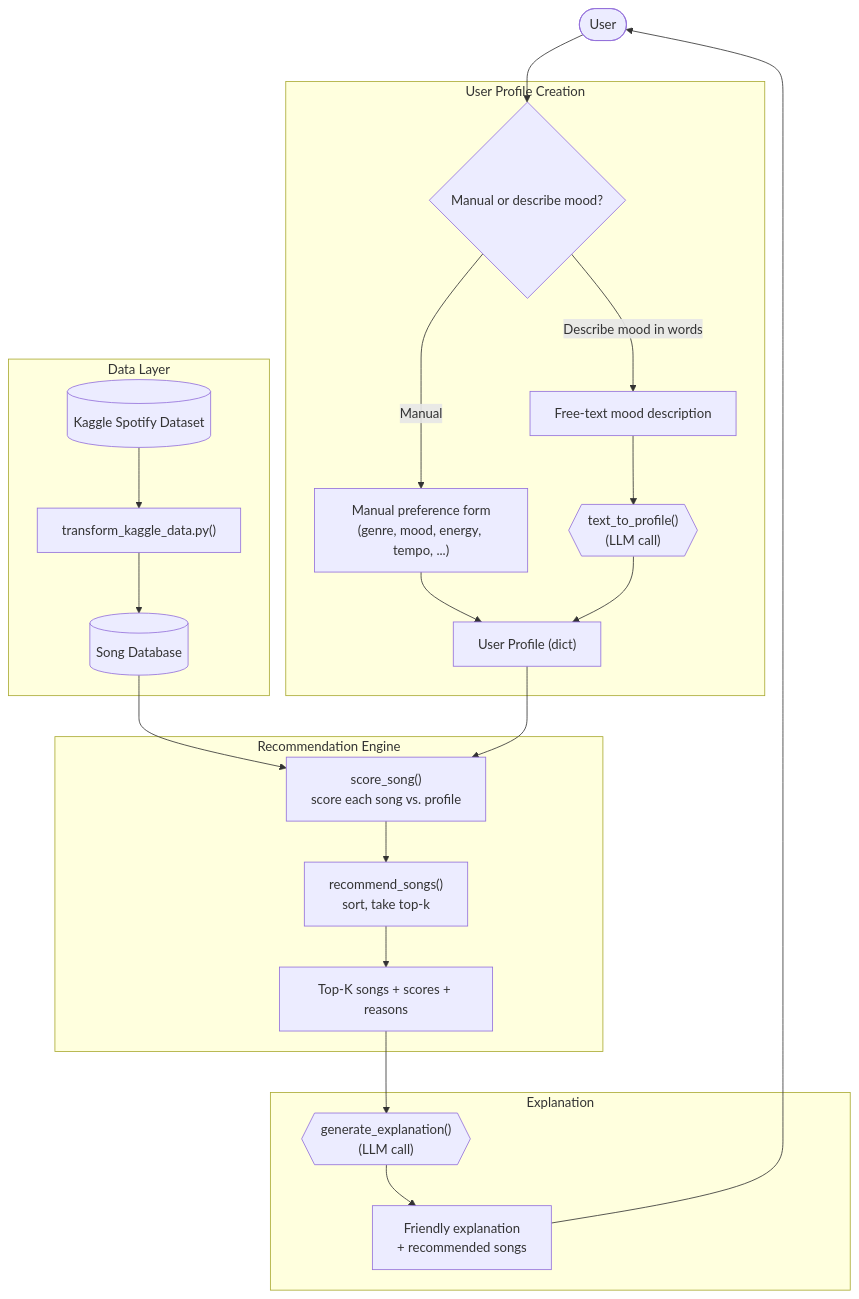
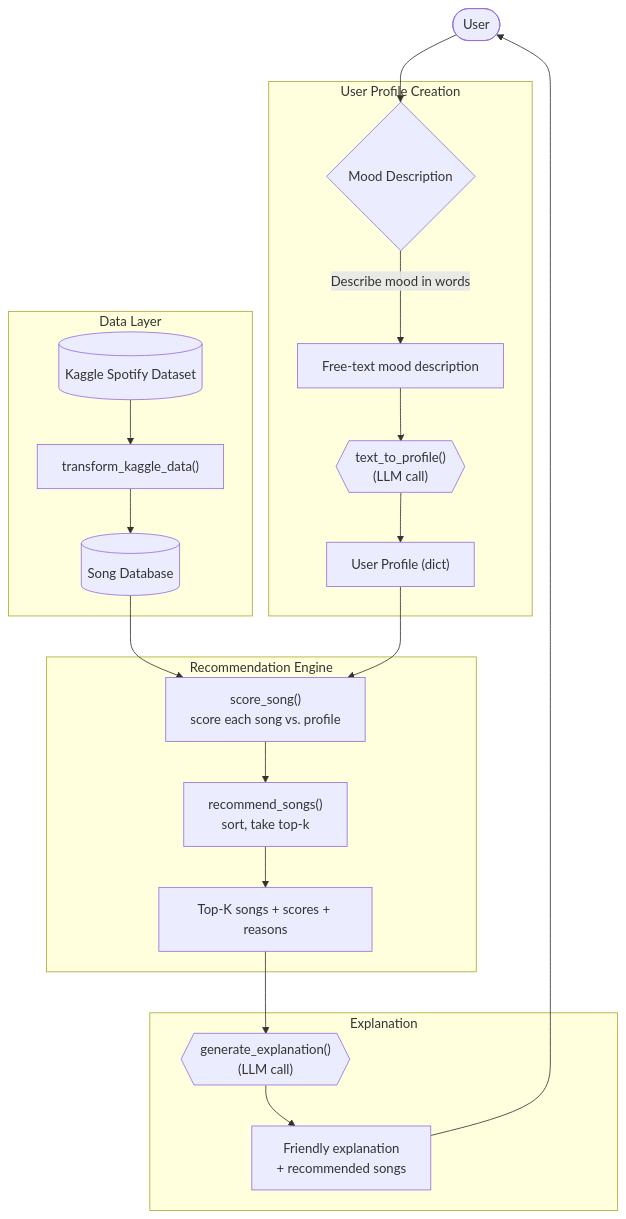
The diagram in diagrams/system_diagram.md (ThomasLe430/musi-match), drawn with Mermaid before and after one commit. The commit also changed other lines of this file and 2 other files, not shown here.

Commit message:
final reflection

````diff
--- a/diagrams/system_diagram.md
+++ b/diagrams/system_diagram.md
@@ -3,43 +3,40 @@
 ```mermaid
-
 flowchart TD
     User(["User"])
 
     subgraph DataLayer["Data Layer"]
         Kaggle[(Kaggle Spotify Dataset)]
-        LoadSongs["transform_kaggle_data.py()"]
+        LoadSongs["transform_kaggle_data()"]
         SongDB[(Song Database)]
         Kaggle --> LoadSongs --> SongDB
     end
 
     subgraph ProfileCreation["User Profile Creation"]
-        InputChoice{"Manual or describe mood?"}
-        ManualForm["Manual preference form\n(genre, mood, energy, tempo, ...)"]
+        InputChoice{"Mood Description"}
         MoodText["Free-text mood description"]
         TextToProfile{{"text_to_profile()\n(LLM call)"}}
         UserProfile["User Profile (dict)"]
 
-        InputChoice -->|Manual| ManualForm --> UserProfile
         InputChoice -->|Describe mood in words| MoodText --> TextToProfile --> UserProfile
     end
 
     subgraph Recommender["Recommendation Engine"]
         ScoreSong["score_song()\nscore each song vs. profile"]
         RecommendSongs["recommend_songs()\nsort, take top-k"]
         TopK["Top-K songs + scores + reasons"]
 
-        ScoreSong --> RecommendSongs --> TopK
+         ScoreSong --> RecommendSongs --> TopK
     end
 
     subgraph ExplanationLayer["Explanation"]
         ExplainLLM{{"generate_explanation()\n(LLM call)"}}
         FriendlyOutput["Friendly explanation\n+ recommended songs"]
         ExplainLLM --> FriendlyOutput
     end
 
     User --> InputChoice
     SongDB --> ScoreSong
     UserProfile --> ScoreSong
     TopK --> ExplainLLM
     FriendlyOutput --> User
 ```
````
